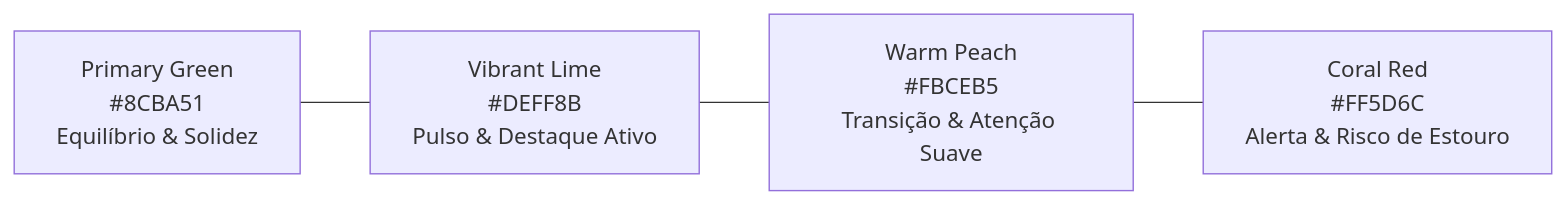
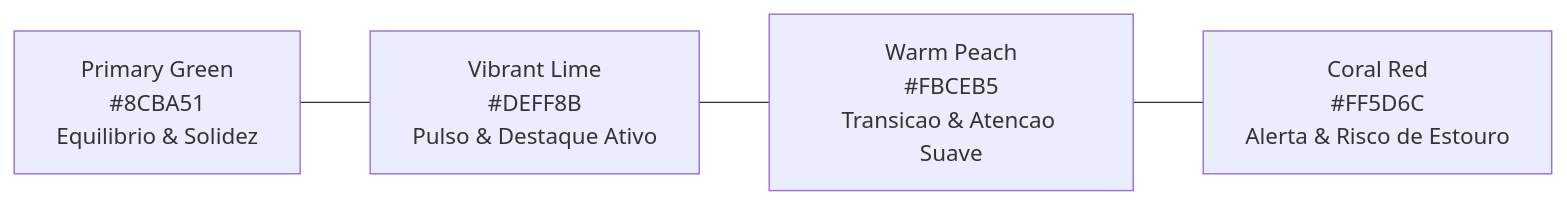
One commit to Sorobanerp/pfm-docs changed the diagram in docs/product/prd-core-banking.md. Above: the diagram before and after it, drawn with Mermaid. The commit also changed other lines of this file and 28 other files, not shown here.

````diff
--- a/docs/product/prd-core-banking.md
+++ b/docs/product/prd-core-banking.md
@@ -185,6 +185,6 @@
 ```mermaid
 flowchart LR
-    P["Primary Green<br/>#8CBA51<br/>Equilíbrio & Solidez"] --- S["Vibrant Lime<br/>#DEFF8B<br/>Pulso & Destaque Ativo"]
-    S --- A["Warm Peach<br/>#FBCEB5<br/>Transição & Atenção Suave"]
+    P["Primary Green<br/>#8CBA51<br/>Equilibrio & Solidez"] --- S["Vibrant Lime<br/>#DEFF8B<br/>Pulso & Destaque Ativo"]
+    S --- A["Warm Peach<br/>#FBCEB5<br/>Transicao & Atencao Suave"]
     A --- D["Coral Red<br/>#FF5D6C<br/>Alerta & Risco de Estouro"]
 ```
````
